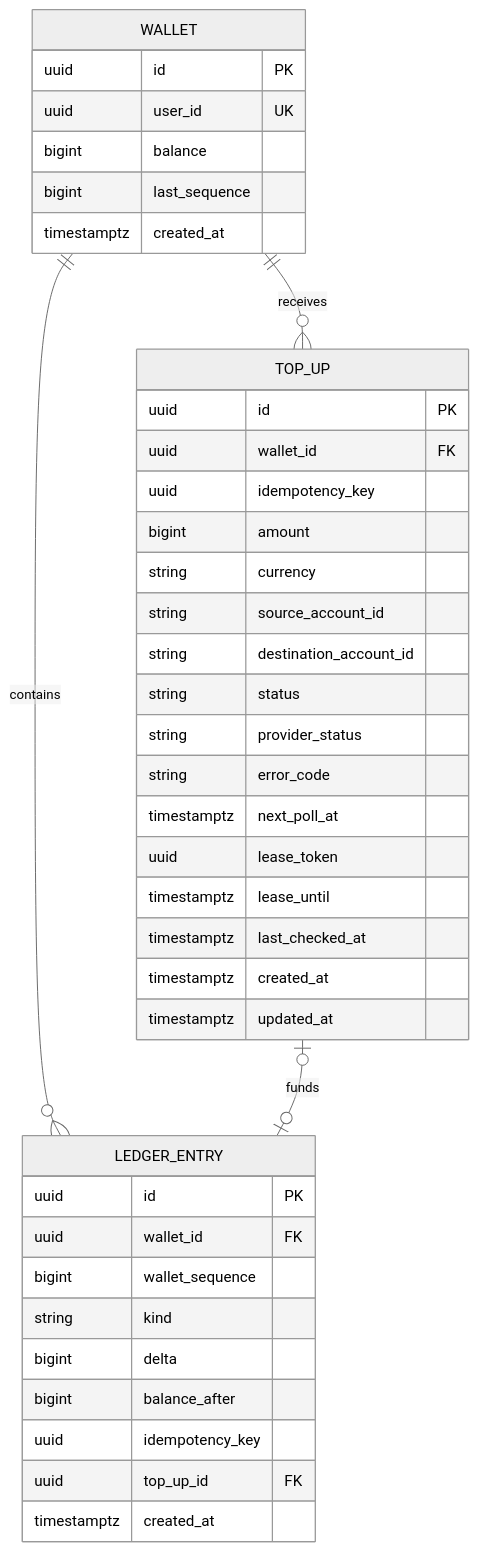
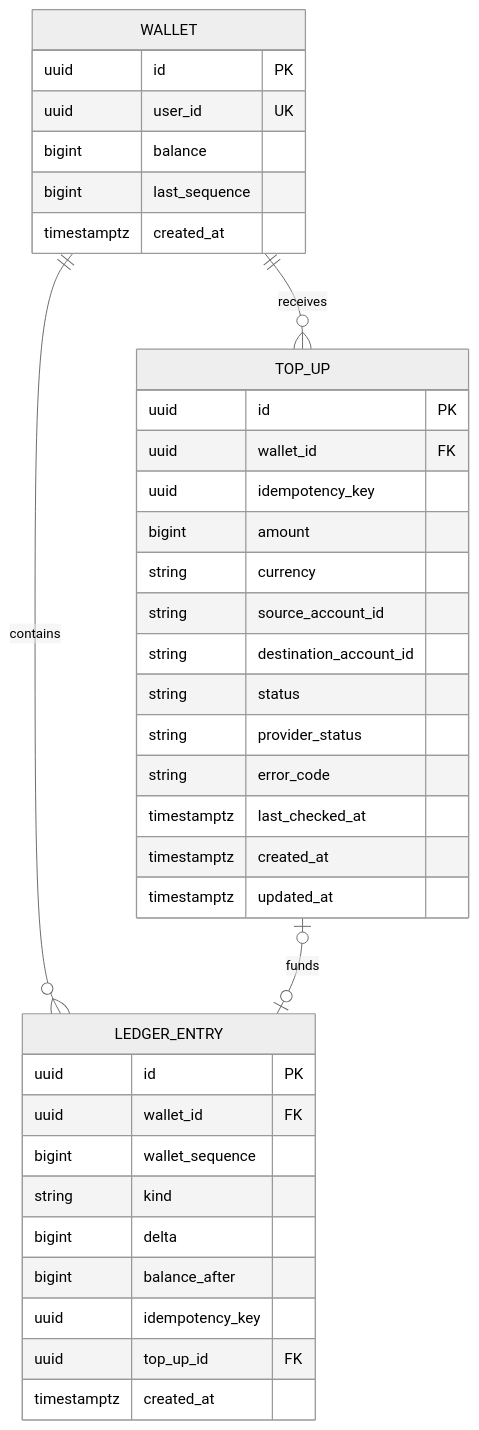
The second of 3 diagrams in docs/technical-spec.md (aghaghiamh/wallet), drawn with Mermaid (neutral theme) before and after one commit. The commit also changed other lines of this file, not shown here.

````diff
--- a/docs/technical-spec.md
+++ b/docs/technical-spec.md
@@ -74,42 +80,39 @@
 ```mermaid
 erDiagram
     WALLET ||--o{ LEDGER_ENTRY : contains
     WALLET ||--o{ TOP_UP : receives
     TOP_UP o|--o| LEDGER_ENTRY : funds
     WALLET {
         uuid id PK
         uuid user_id UK
         bigint balance
         bigint last_sequence
         timestamptz created_at
     }
     TOP_UP {
         uuid id PK
         uuid wallet_id FK
         uuid idempotency_key
         bigint amount
         string currency
         string source_account_id
         string destination_account_id
         string status
         string provider_status
         string error_code
-        timestamptz next_poll_at
-        uuid lease_token
-        timestamptz lease_until
         timestamptz last_checked_at
         timestamptz created_at
         timestamptz updated_at
     }
     LEDGER_ENTRY {
         uuid id PK
         uuid wallet_id FK
         bigint wallet_sequence
         string kind
         bigint delta
         bigint balance_after
         uuid idempotency_key
         uuid top_up_id FK
         timestamptz created_at
     }
 ```
````
